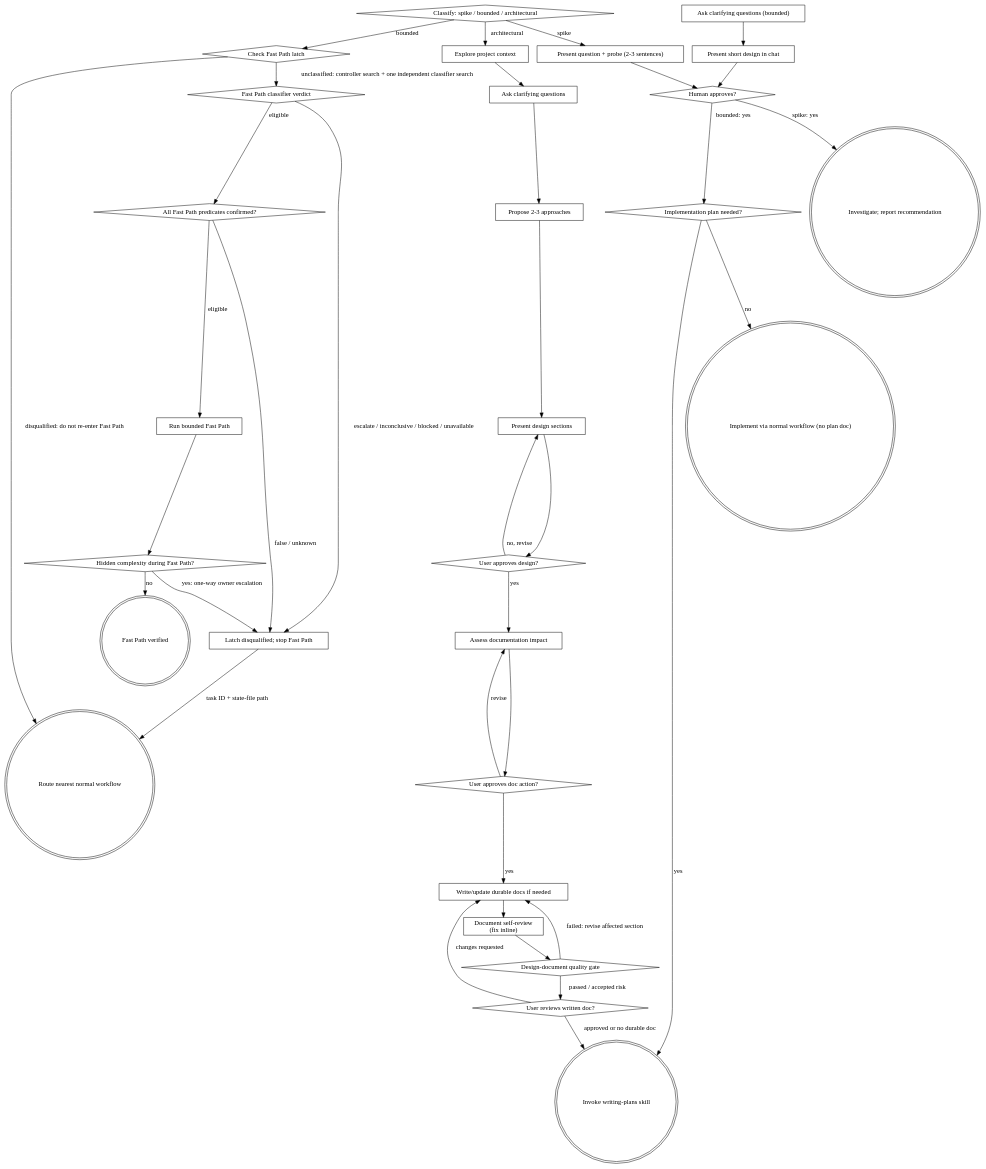
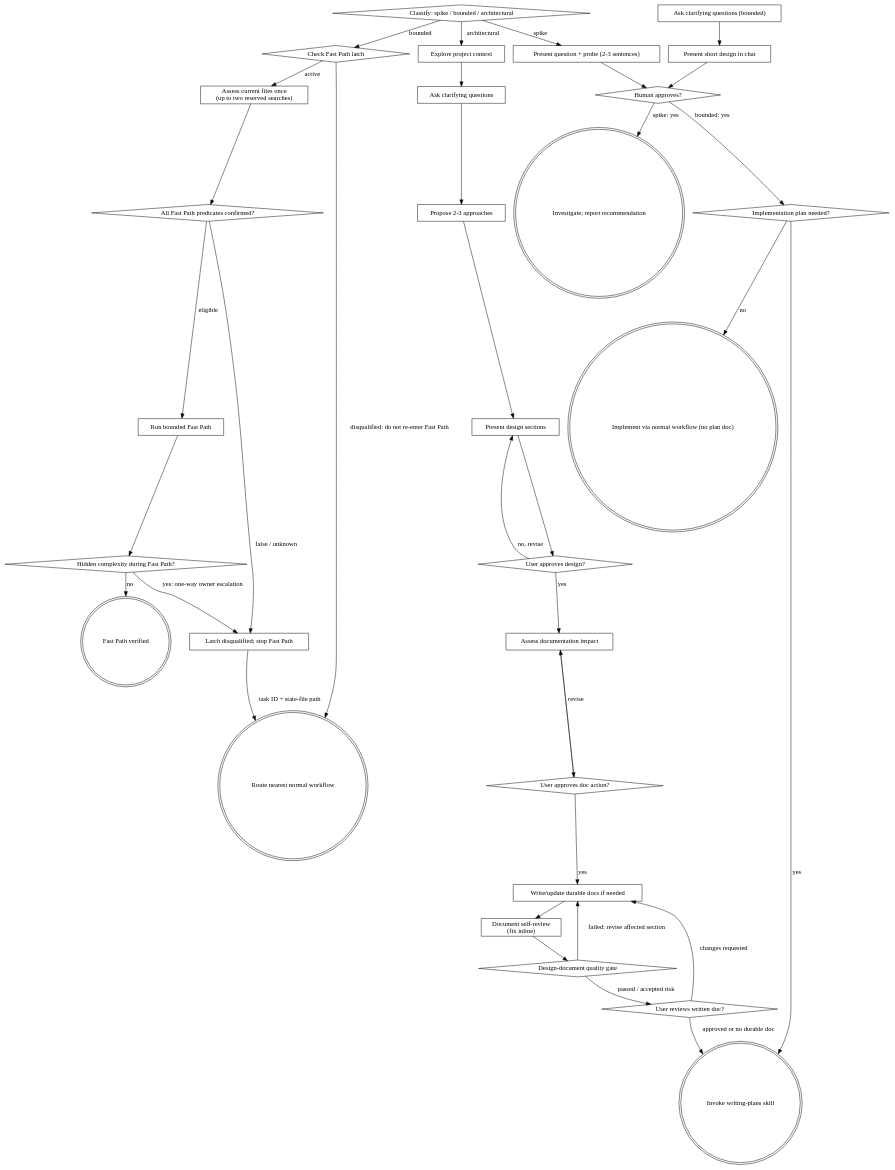
Before and after one commit to sonsu-lee/sonsu-marketplace: the diagram in plugins/engineering/skills/brainstorming/SKILL.md, drawn with Graphviz. The commit also changed other lines of this file and 23 other files, not shown here.

````diff
--- a/plugins/engineering/skills/brainstorming/SKILL.md
+++ b/plugins/engineering/skills/brainstorming/SKILL.md
@@ -156,68 +175,67 @@
 ```dot
 digraph brainstorming {
     "Classify: spike / bounded / architectural" [shape=diamond];
     "Present question + probe (2-3 sentences)" [shape=box];
     "Ask clarifying questions (bounded)" [shape=box];
     "Check Fast Path latch" [shape=diamond];
-    "Fast Path classifier verdict" [shape=diamond];
+    "Assess current files once\n(up to two reserved searches)" [shape=box];
     "All Fast Path predicates confirmed?" [shape=diamond];
     "Run bounded Fast Path" [shape=box];
     "Hidden complexity during Fast Path?" [shape=diamond];
     "Fast Path verified" [shape=doublecircle];
     "Latch disqualified; stop Fast Path" [shape=box];
     "Route nearest normal workflow" [shape=doublecircle];
     "Present short design in chat" [shape=box];
     "Human approves?" [shape=diamond];
     "Implementation plan needed?" [shape=diamond];
     "Investigate; report recommendation" [shape=doublecircle];
     "Implement via normal workflow (no plan doc)" [shape=doublecircle];
     "Explore project context" [shape=box];
     "Ask clarifying questions" [shape=box];
     "Propose 2-3 approaches" [shape=box];
     "Present design sections" [shape=box];
     "User approves design?" [shape=diamond];
     "Assess documentation impact" [shape=box];
     "User approves doc action?" [shape=diamond];
     "Write/update durable docs if needed" [shape=box];
     "Document self-review\n(fix inline)" [shape=box];
     "Design-document quality gate" [shape=diamond];
     "User reviews written doc?" [shape=diamond];
     "Invoke writing-plans skill" [shape=doublecircle];
 
     "Classify: spike / bounded / architectural" -> "Present question + probe (2-3 sentences)" [label="spike"];
     "Classify: spike / bounded / architectural" -> "Check Fast Path latch" [label="bounded"];
-    "Check Fast Path latch" -> "Fast Path classifier verdict" [label="unclassified: controller search + one independent classifier search"];
+    "Check Fast Path latch" -> "Assess current files once\n(up to two reserved searches)" [label="active"];
     "Check Fast Path latch" -> "Route nearest normal workflow" [label="disqualified: do not re-enter Fast Path"];
-    "Fast Path classifier verdict" -> "All Fast Path predicates confirmed?" [label="eligible"];
-    "Fast Path classifier verdict" -> "Latch disqualified; stop Fast Path" [label="escalate / inconclusive / blocked / unavailable"];
+    "Assess current files once\n(up to two reserved searches)" -> "All Fast Path predicates confirmed?";
     "All Fast Path predicates confirmed?" -> "Run bounded Fast Path" [label="eligible"];
     "Run bounded Fast Path" -> "Hidden complexity during Fast Path?";
     "Hidden complexity during Fast Path?" -> "Latch disqualified; stop Fast Path" [label="yes: one-way owner escalation"];
     "Hidden complexity during Fast Path?" -> "Fast Path verified" [label="no"];
     "All Fast Path predicates confirmed?" -> "Latch disqualified; stop Fast Path" [label="false / unknown"];
     "Latch disqualified; stop Fast Path" -> "Route nearest normal workflow" [label="task ID + state-file path"];
     "Classify: spike / bounded / architectural" -> "Explore project context" [label="architectural"];
     "Present question + probe (2-3 sentences)" -> "Human approves?";
     "Ask clarifying questions (bounded)" -> "Present short design in chat";
     "Present short design in chat" -> "Human approves?";
     "Human approves?" -> "Investigate; report recommendation" [label="spike: yes"];
     "Human approves?" -> "Implementation plan needed?" [label="bounded: yes"];
     "Implementation plan needed?" -> "Invoke writing-plans skill" [label="yes"];
     "Implementation plan needed?" -> "Implement via normal workflow (no plan doc)" [label="no"];
     "Explore project context" -> "Ask clarifying questions";
     "Ask clarifying questions" -> "Propose 2-3 approaches";
     "Propose 2-3 approaches" -> "Present design sections";
     "Present design sections" -> "User approves design?";
     "User approves design?" -> "Present design sections" [label="no, revise"];
     "User approves design?" -> "Assess documentation impact" [label="yes"];
     "Assess documentation impact" -> "User approves doc action?";
     "User approves doc action?" -> "Assess documentation impact" [label="revise"];
     "User approves doc action?" -> "Write/update durable docs if needed" [label="yes"];
     "Write/update durable docs if needed" -> "Document self-review\n(fix inline)";
     "Document self-review\n(fix inline)" -> "Design-document quality gate";
     "Design-document quality gate" -> "Write/update durable docs if needed" [label="failed: revise affected section"];
     "Design-document quality gate" -> "User reviews written doc?" [label="passed / accepted risk"];
     "User reviews written doc?" -> "Write/update durable docs if needed" [label="changes requested"];
     "User reviews written doc?" -> "Invoke writing-plans skill" [label="approved or no durable doc"];
 }
 ```
````
